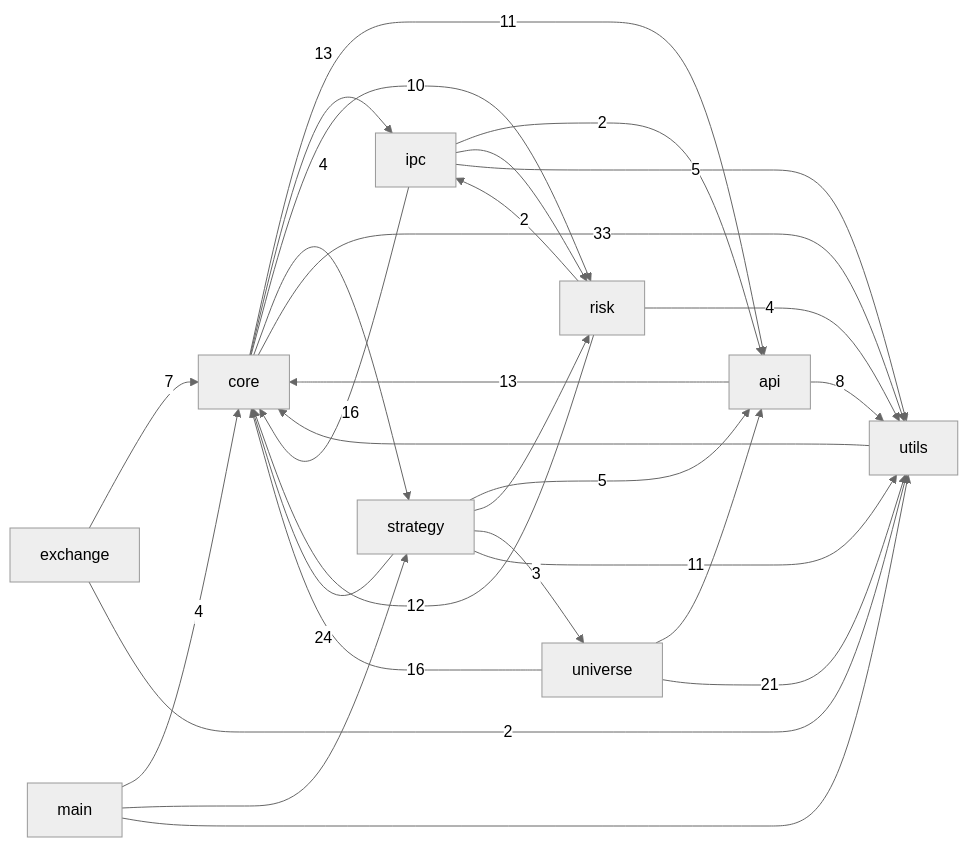
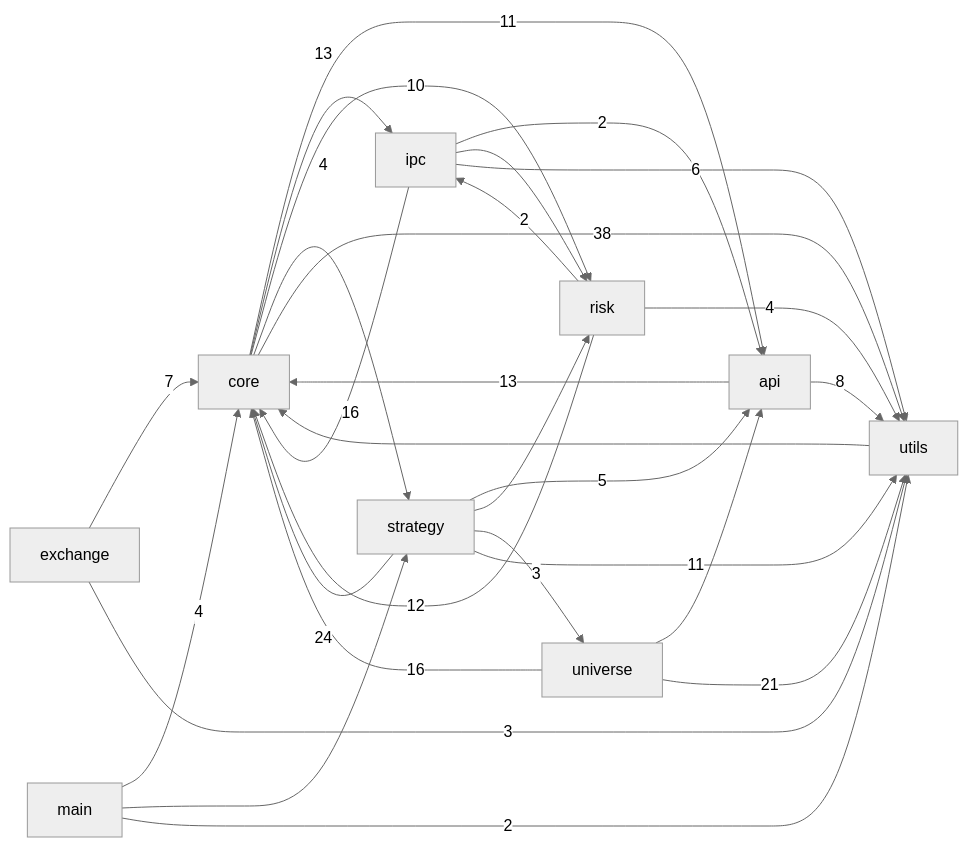
The first of 3 diagrams in docs/CODE_GRAPH.md (pypy8171/Quant), drawn with Mermaid (neutral theme) before and after one commit. The commit also changed other lines of this file and 25 other files, not shown here.

````diff
--- a/docs/CODE_GRAPH.md
+++ b/docs/CODE_GRAPH.md
@@ -10,40 +10,40 @@
 ```mermaid
 graph LR
   main[main]
   core[core]
   strategy[strategy]
   api[api]
   universe[universe]
   risk[risk]
   ipc[ipc]
   utils[utils]
   exchange[exchange]
   api -->|13| core
   api -->|8| utils
   core -->|11| api
   core -->|13| ipc
   core -->|10| risk
   core -->|4| strategy
-  core -->|33| utils
+  core -->|38| utils
   exchange -->|7| core
-  exchange -->|2| utils
+  exchange -->|3| utils
   ipc -->|2| api
   ipc -->|16| core
   ipc --> risk
-  ipc -->|5| utils
+  ipc -->|6| utils
   main -->|4| core
   main --> strategy
-  main --> utils
+  main -->|2| utils
   risk -->|12| core
   risk -->|2| ipc
   risk -->|4| utils
   strategy -->|5| api
   strategy -->|24| core
   strategy --> risk
   strategy -->|3| universe
   strategy -->|11| utils
   universe --> api
   universe -->|16| core
   universe -->|21| utils
   utils --> core
 ```
````
